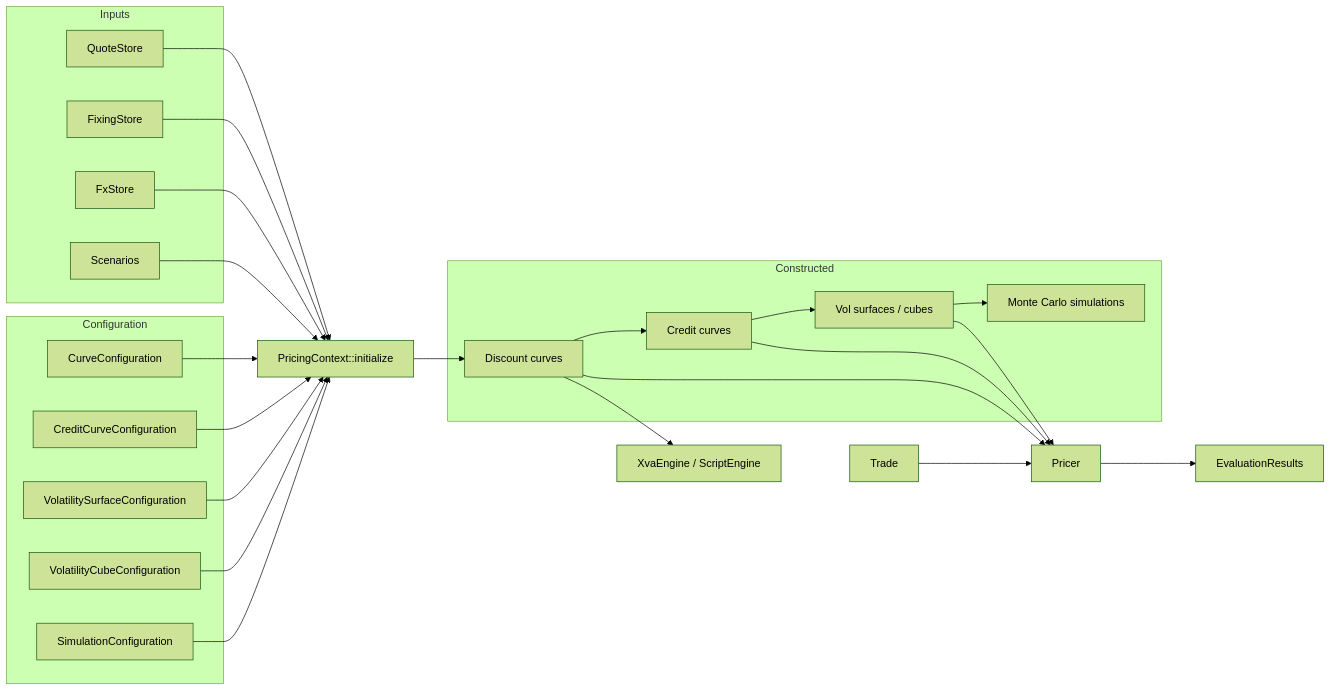
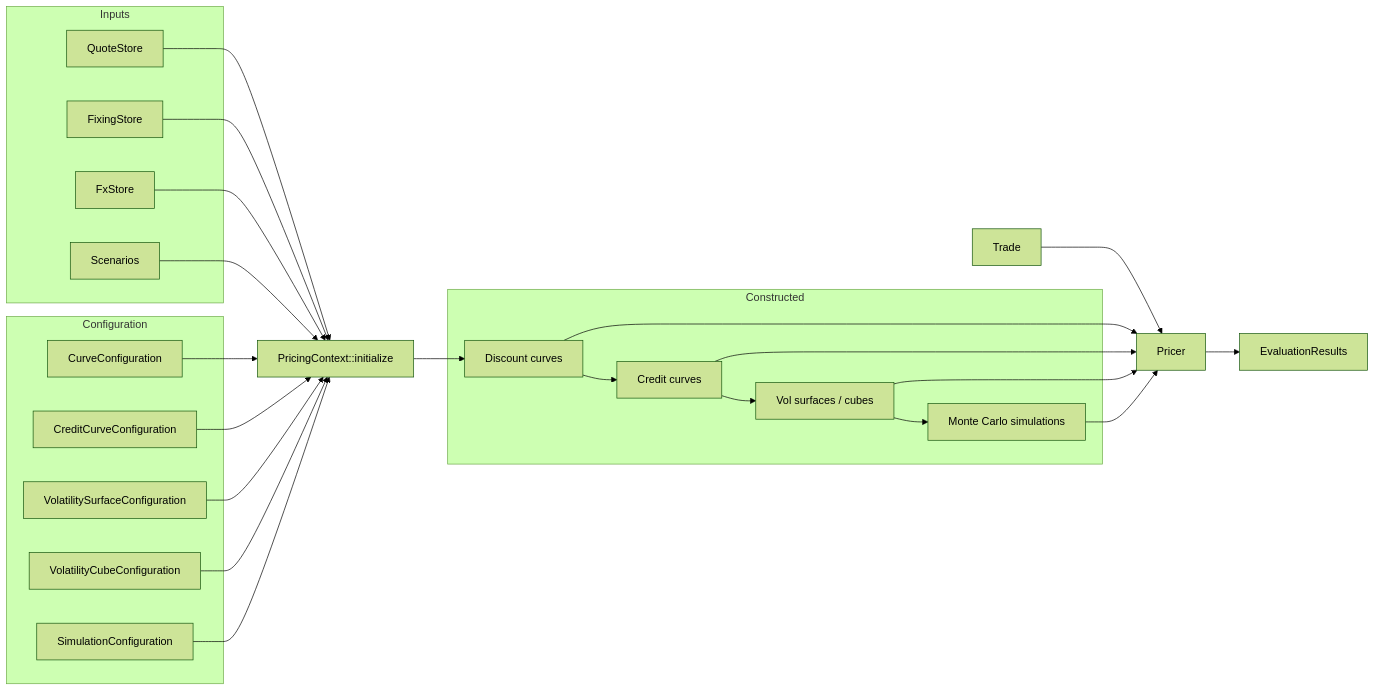
Before and after one commit to jmelo11/quantsupport: the diagram in book/src/concepts/architecture.md, drawn with Mermaid (forest theme). The commit also changed other lines of this file and 81 other files, not shown here.

````diff
--- a/book/src/concepts/architecture.md
+++ b/book/src/concepts/architecture.md
@@ -5,30 +11,29 @@
 ```mermaid
 flowchart LR
     subgraph Inputs
         Q[QuoteStore]
         F[FixingStore]
         X[FxStore]
         S[Scenarios]
     end
     subgraph Configuration
         CC[CurveConfiguration]
         CR[CreditCurveConfiguration]
         VS[VolatilitySurfaceConfiguration]
         VC[VolatilityCubeConfiguration]
         SC[SimulationConfiguration]
     end
     PC[PricingContext::initialize]
     subgraph Constructed
         DC[Discount curves]
         CU[Credit curves]
         SU[Vol surfaces / cubes]
         SI[Monte Carlo simulations]
     end
     Q & F & X & S --> PC
     CC & CR & VS & VC & SC --> PC
     PC --> DC --> CU --> SU --> SI
     T[Trade] --> P[Pricer]
-    DC & CU & SU --> P
+    DC & CU & SU & SI --> P
     P --> R[EvaluationResults]
-    DC --> XVA[XvaEngine / ScriptEngine]
 ```
````
